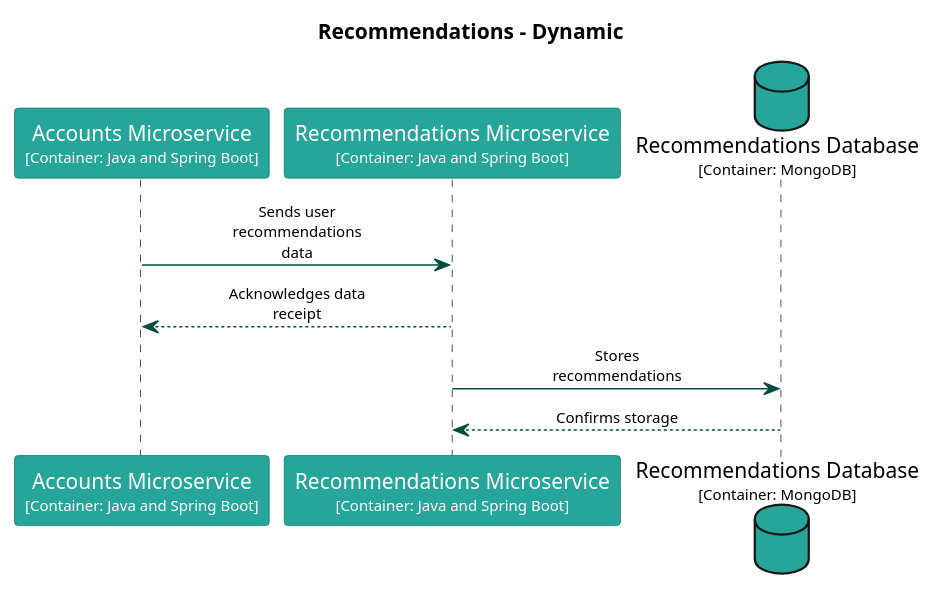
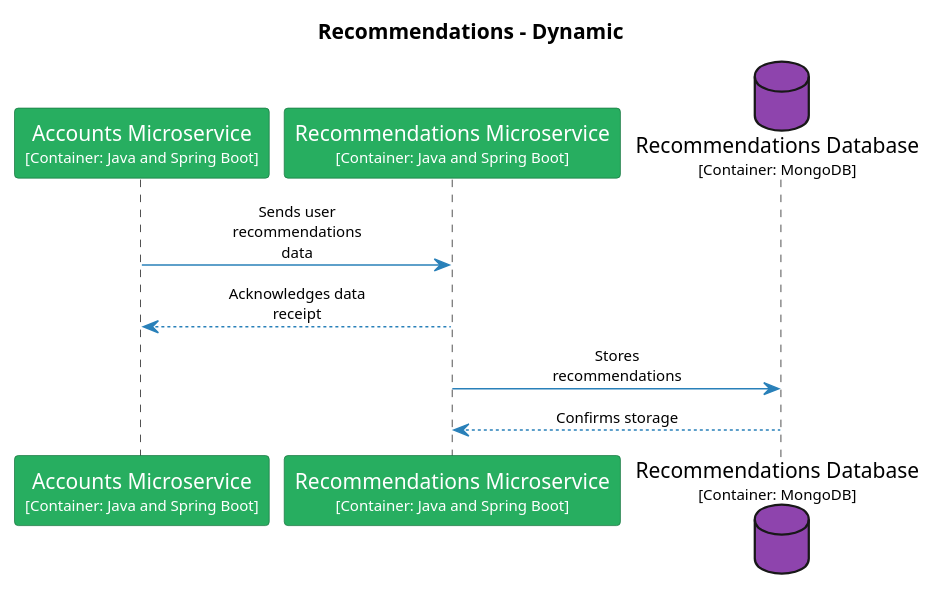
Before and after one commit to Goodmorning918/E-Library-Architecture: the diagram in main/puml/store-user-recommendations-after-reader-registration.puml, drawn with PlantUML. The commit also changed 169 other files, not shown here.

Commit message:
Deploying to gh-pages from @ Goodmorning918/E-Library-Architecture@5575a2e2585bacf25a31136d9ee4edd99183c80b 🚀

```diff
--- a/main/puml/store-user-recommendations-after-reader-registration.puml
+++ b/main/puml/store-user-recommendations-after-reader-registration.puml
@@ -1,40 +1,40 @@
 @startuml
 set separator none
 title Recommendations - Dynamic
 
 skinparam {
   arrowFontSize 10
   defaultTextAlignment center
   wrapWidth 200
   maxMessageSize 100
 }
 
 hide stereotype
 
 skinparam sequenceParticipant<<Accounts.AccountsMicroservice>> {
-  BackgroundColor #26a69a
+  BackgroundColor #27ae60
   FontColor #ffffff
-  BorderColor #1a746b
+  BorderColor #1b7943
   shadowing false
 }
 skinparam sequenceParticipant<<Recommendations.RecommendationsDatabase>> {
-  BackgroundColor #26a69a
+  BackgroundColor #8e44ad
   FontColor #ffffff
-  BorderColor #1a746b
+  BorderColor #632f79
   shadowing false
 }
 skinparam sequenceParticipant<<Recommendations.RecommendationsMicroservice>> {
-  BackgroundColor #26a69a
+  BackgroundColor #27ae60
   FontColor #ffffff
-  BorderColor #1a746b
+  BorderColor #1b7943
   shadowing false
 }
 
-participant "Accounts Microservice\n<size:10>[Container: Java and Spring Boot]</size>" as Accounts.AccountsMicroservice <<Accounts.AccountsMicroservice>> #26a69a
-participant "Recommendations Microservice\n<size:10>[Container: Java and Spring Boot]</size>" as Recommendations.RecommendationsMicroservice <<Recommendations.RecommendationsMicroservice>> #26a69a
-database "Recommendations Database\n<size:10>[Container: MongoDB]</size>" as Recommendations.RecommendationsDatabase <<Recommendations.RecommendationsDatabase>> #26a69a
-Accounts.AccountsMicroservice -[#004d40]> Recommendations.RecommendationsMicroservice : Sends user recommendations data
-Accounts.AccountsMicroservice <-[#004d40]- Recommendations.RecommendationsMicroservice : Acknowledges data receipt
-Recommendations.RecommendationsMicroservice -[#004d40]> Recommendations.RecommendationsDatabase : Stores recommendations
-Recommendations.RecommendationsMicroservice <-[#004d40]- Recommendations.RecommendationsDatabase : Confirms storage
+participant "Accounts Microservice\n<size:10>[Container: Java and Spring Boot]</size>" as Accounts.AccountsMicroservice <<Accounts.AccountsMicroservice>> #27ae60
+participant "Recommendations Microservice\n<size:10>[Container: Java and Spring Boot]</size>" as Recommendations.RecommendationsMicroservice <<Recommendations.RecommendationsMicroservice>> #27ae60
+database "Recommendations Database\n<size:10>[Container: MongoDB]</size>" as Recommendations.RecommendationsDatabase <<Recommendations.RecommendationsDatabase>> #8e44ad
+Accounts.AccountsMicroservice -[#2980b9]> Recommendations.RecommendationsMicroservice : Sends user recommendations data
+Accounts.AccountsMicroservice <-[#2980b9]- Recommendations.RecommendationsMicroservice : Acknowledges data receipt
+Recommendations.RecommendationsMicroservice -[#2980b9]> Recommendations.RecommendationsDatabase : Stores recommendations
+Recommendations.RecommendationsMicroservice <-[#2980b9]- Recommendations.RecommendationsDatabase : Confirms storage
 @enduml
```
